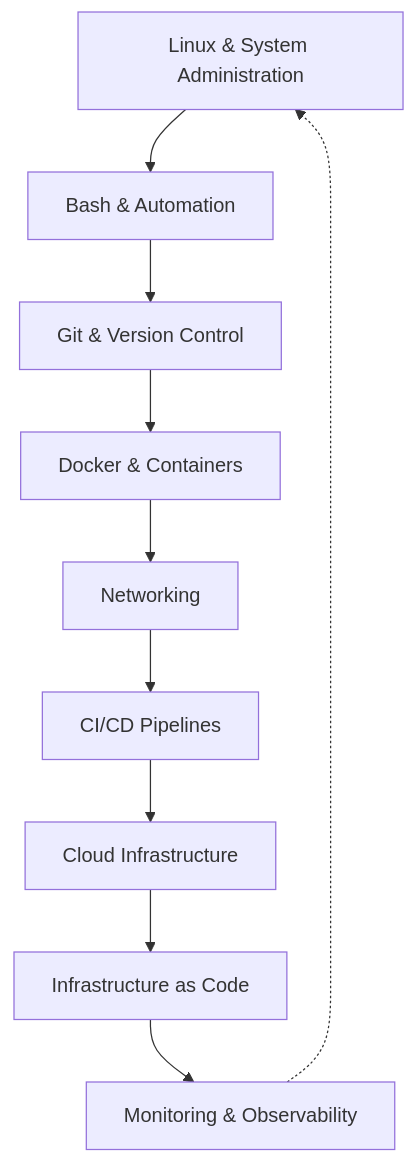
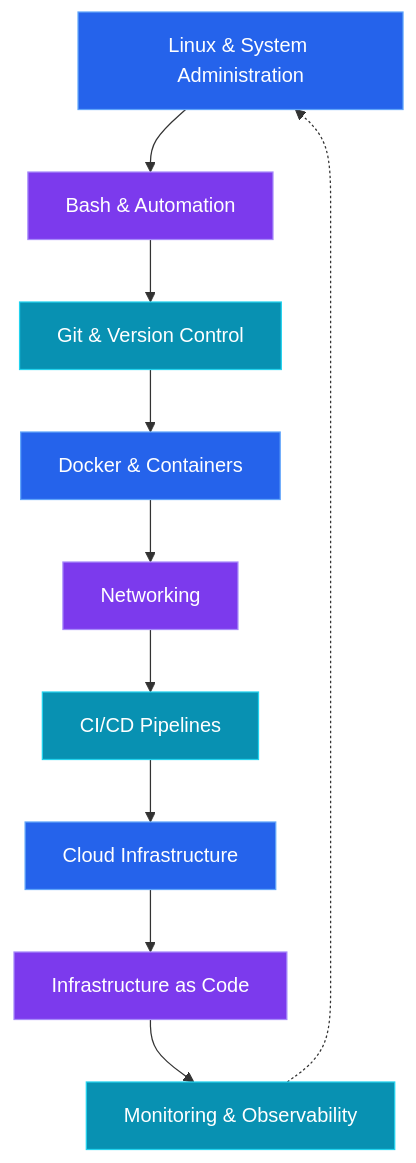
Before and after one commit to tmrzdmurod/tmrzdmurod: the diagram in README.md, drawn with Mermaid. The commit also changed other lines of this file, not shown here.

````diff
--- a/README.md
+++ b/README.md
@@ -162,12 +196,22 @@
 ```mermaid
 graph TD
     A[Linux & System Administration] --> B[Bash & Automation]
     B --> C[Git & Version Control]
     C --> D[Docker & Containers]
     D --> E[Networking]
     E --> F[CI/CD Pipelines]
     F --> G[Cloud Infrastructure]
     G --> H[Infrastructure as Code]
     H --> I[Monitoring & Observability]
     I -.-> A
+
+    style A fill:#2563EB,color:#fff,stroke:#60A5FA
+    style B fill:#7C3AED,color:#fff,stroke:#A78BFA
+    style C fill:#0891B2,color:#fff,stroke:#22D3EE
+    style D fill:#2563EB,color:#fff,stroke:#60A5FA
+    style E fill:#7C3AED,color:#fff,stroke:#A78BFA
+    style F fill:#0891B2,color:#fff,stroke:#22D3EE
+    style G fill:#2563EB,color:#fff,stroke:#60A5FA
+    style H fill:#7C3AED,color:#fff,stroke:#A78BFA
+    style I fill:#0891B2,color:#fff,stroke:#22D3EE
 ```
````
